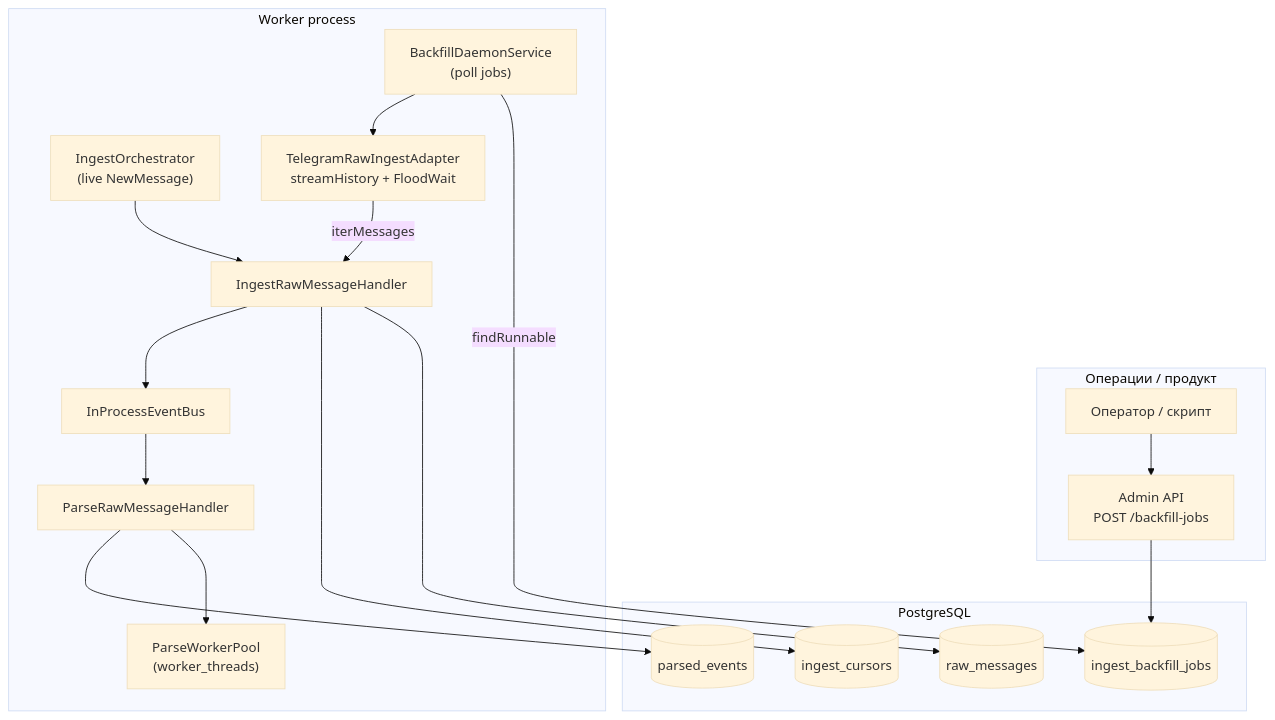
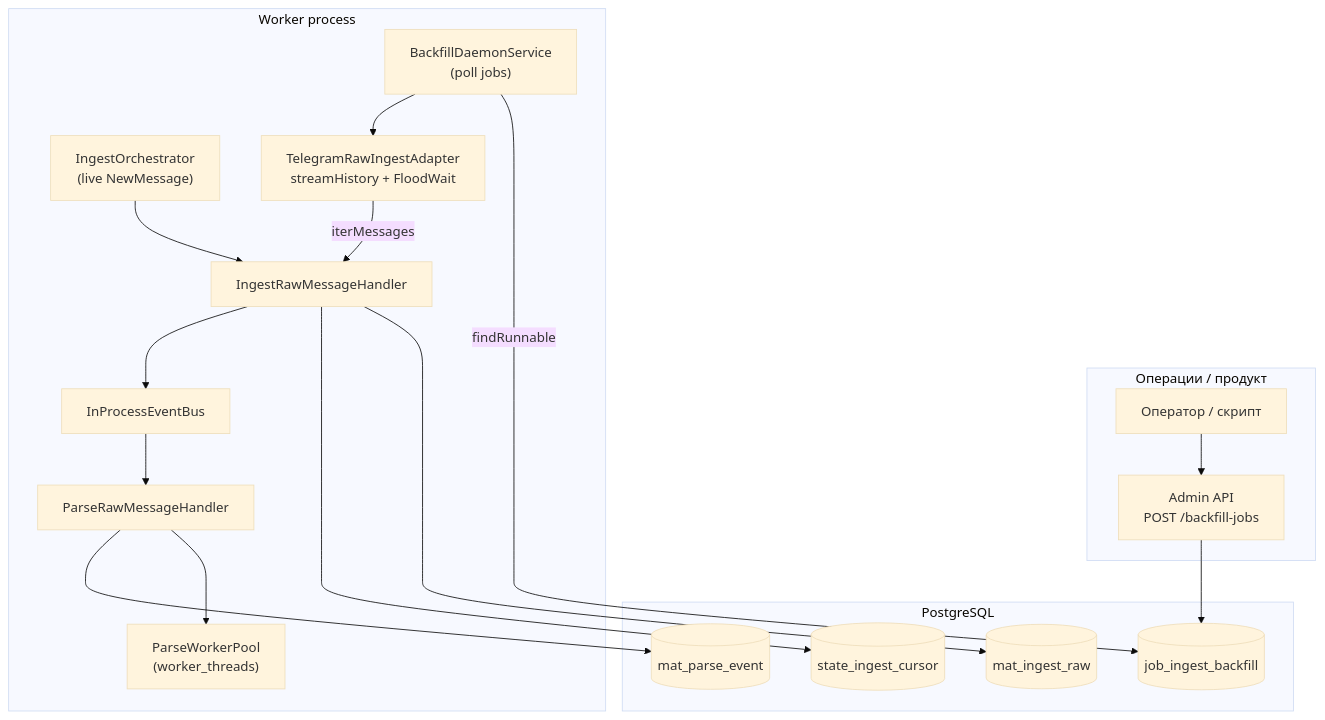
One commit to exclusiveLogin/radar changed the first of 7 diagrams in docs/backfill-v2-pipeline.md. Above: the diagram before and after it, drawn with Mermaid (base theme). The commit also changed other lines of this file and 312 other files, not shown here.

````diff
--- a/docs/backfill-v2-pipeline.md
+++ b/docs/backfill-v2-pipeline.md
@@ -207,37 +207,37 @@
 ```mermaid
 flowchart TB
   subgraph Ops["Операции / продукт"]
     Admin["Admin API\nPOST /backfill-jobs"]
     Op["Оператор / скрипт"]
   end
 
   subgraph Data["PostgreSQL"]
-    Jobs[("ingest_backfill_jobs")]
-    Raw[("raw_messages")]
-    Cursor[("ingest_cursors")]
-    Parsed[("parsed_events")]
+    Jobs[("job_ingest_backfill")]
+    Raw[("mat_ingest_raw")]
+    Cursor[("state_ingest_cursor")]
+    Parsed[("mat_parse_event")]
   end
 
   subgraph Worker["Worker process"]
     Live["IngestOrchestrator\n(live NewMessage)"]
     Daemon["BackfillDaemonService\n(poll jobs)"]
     Tg["TelegramRawIngestAdapter\nstreamHistory + FloodWait"]
     Ingest["IngestRawMessageHandler"]
     Bus["InProcessEventBus"]
     ParseH["ParseRawMessageHandler"]
     Pool["ParseWorkerPool\n(worker_threads)"]
   end
 
   Op --> Admin
   Admin --> Jobs
   Daemon -->|findRunnable| Jobs
   Daemon --> Tg
   Tg -->|iterMessages| Ingest
   Ingest --> Raw
   Ingest --> Cursor
   Ingest --> Bus
   Bus --> ParseH
   ParseH --> Pool
   ParseH --> Parsed
   Live --> Ingest
 ```
````
